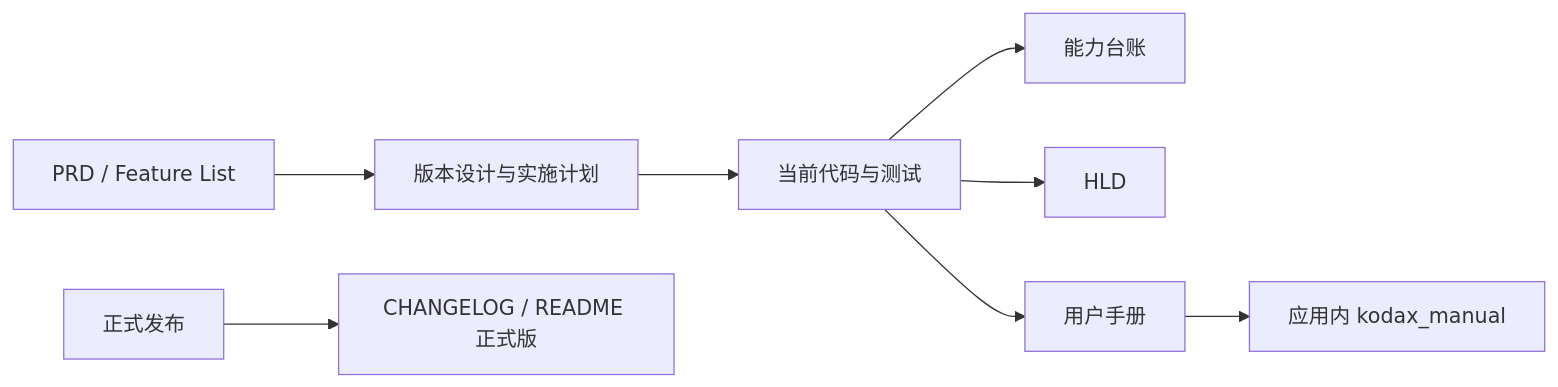
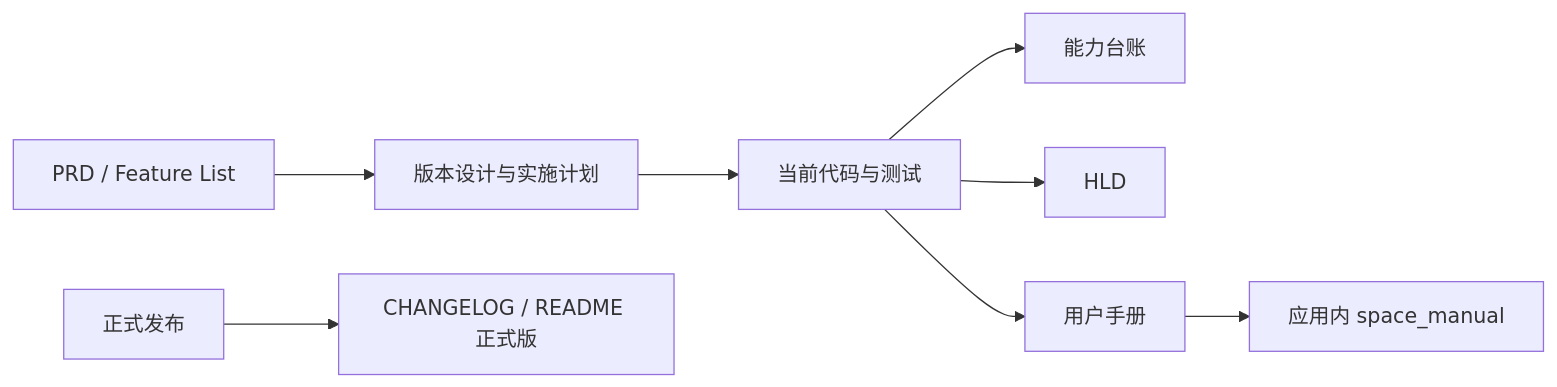
The diagram in docs/README.md (KodaX-AI-dev/KodaX-Space), drawn with Mermaid before and after one commit. The commit also changed other lines of this file and 101 other files, not shown here.

````diff
--- a/docs/README.md
+++ b/docs/README.md
@@ -137,10 +108,10 @@
 ```mermaid
 flowchart LR
     Code["当前代码与测试"] --> Ledger["能力台账"]
     Code --> HLD["HLD"]
     Product["PRD / Feature List"] --> Design["版本设计与实施计划"]
     Design --> Code
     Code --> Manual["用户手册"]
-    Manual --> InApp["应用内 kodax_manual"]
+    Manual --> InApp["应用内 space_manual"]
     Release["正式发布"] --> Change["CHANGELOG / README 正式版"]
 ```
````
